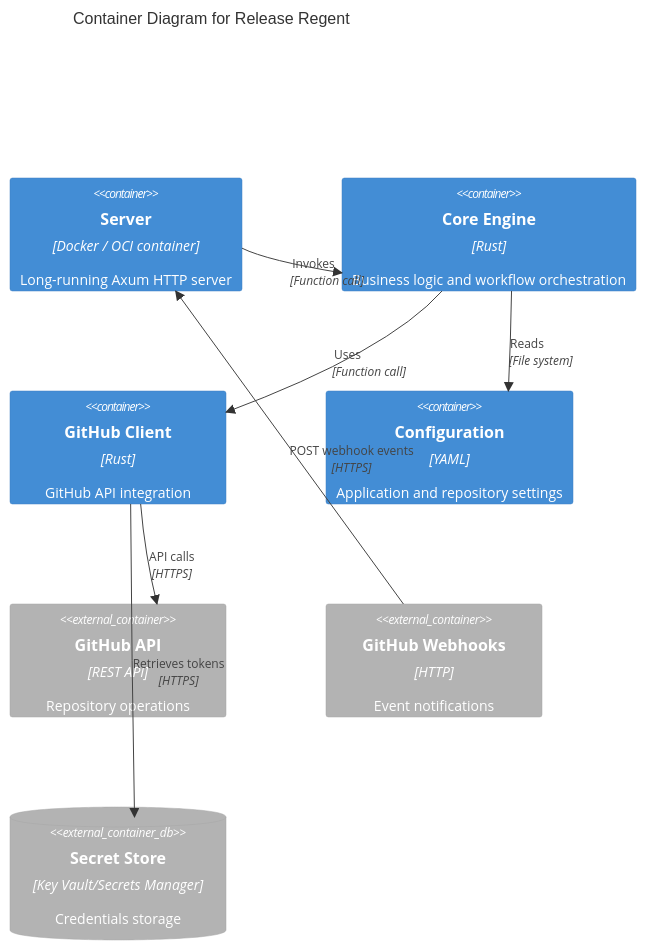
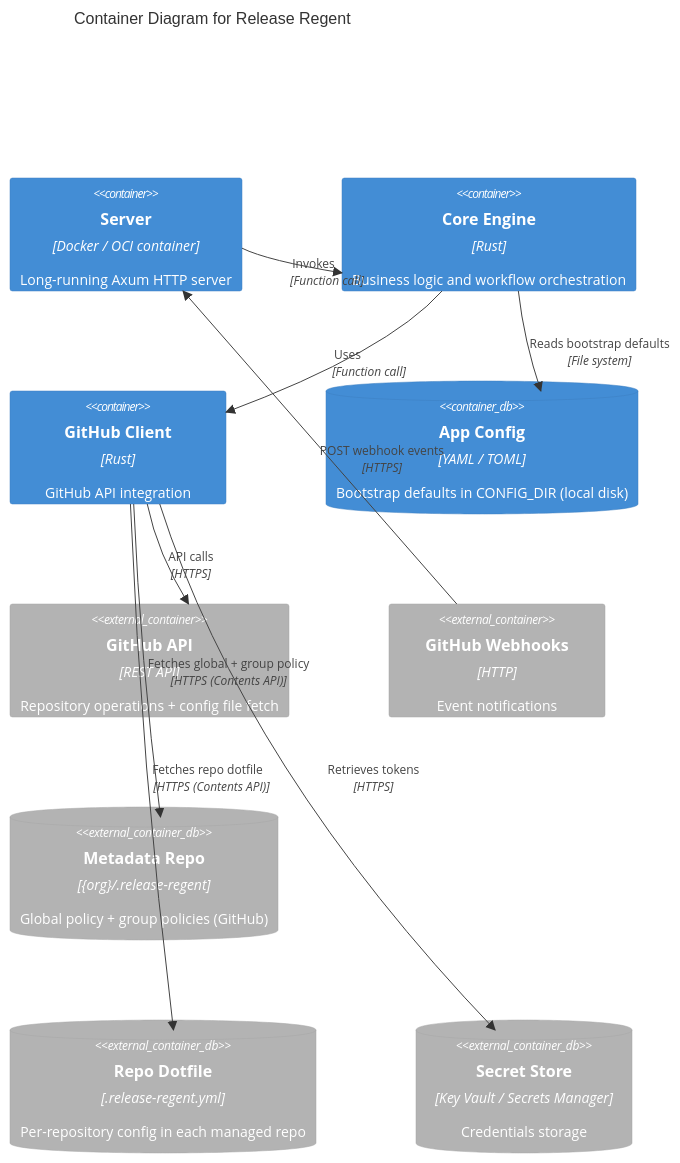
The second of 9 diagrams in docs/specs/architecture/overview.md (pvandervelde/release_regent), drawn with Mermaid before and after one commit. The commit also changed other lines of this file and 5 other files, not shown here.

First line of the commit message:
feat(config): enterprise 5-level config hierarchy with metadata repo (ADR-007)

````diff
--- a/docs/specs/architecture/overview.md
+++ b/docs/specs/architecture/overview.md
@@ -44,20 +44,24 @@
 ```mermaid
 C4Container
     title Container Diagram for Release Regent
 
     Container(function, "Server", "Docker / OCI container", "Long-running Axum HTTP server")
     Container(core, "Core Engine", "Rust", "Business logic and workflow orchestration")
     Container(github_client, "GitHub Client", "Rust", "GitHub API integration")
-    Container(config, "Configuration", "YAML", "Application and repository settings")
+    ContainerDb(app_config, "App Config", "YAML / TOML", "Bootstrap defaults in CONFIG_DIR (local disk)")
 
-    Container_Ext(github_api, "GitHub API", "REST API", "Repository operations")
+    Container_Ext(github_api, "GitHub API", "REST API", "Repository operations + config file fetch")
     Container_Ext(github_webhooks, "GitHub Webhooks", "HTTP", "Event notifications")
-    ContainerDb_Ext(secrets, "Secret Store", "Key Vault/Secrets Manager", "Credentials storage")
+    ContainerDb_Ext(metadata_repo, "Metadata Repo", "{org}/.release-regent", "Global policy + group policies (GitHub)")
+    ContainerDb_Ext(repo_config, "Repo Dotfile", ".release-regent.yml", "Per-repository config in each managed repo")
+    ContainerDb_Ext(secrets, "Secret Store", "Key Vault / Secrets Manager", "Credentials storage")
 
     Rel(github_webhooks, function, "POST webhook events", "HTTPS")
     Rel(function, core, "Invokes", "Function call")
     Rel(core, github_client, "Uses", "Function call")
     Rel(github_client, github_api, "API calls", "HTTPS")
-    Rel(core, config, "Reads", "File system")
+    Rel(core, app_config, "Reads bootstrap defaults", "File system")
+    Rel(github_client, metadata_repo, "Fetches global + group policy", "HTTPS (Contents API)")
+    Rel(github_client, repo_config, "Fetches repo dotfile", "HTTPS (Contents API)")
     Rel(github_client, secrets, "Retrieves tokens", "HTTPS")
 ```
````
